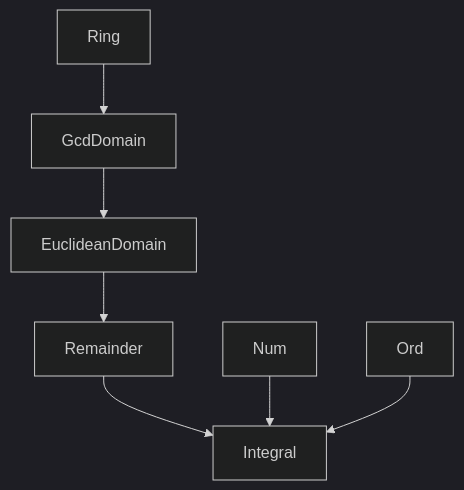
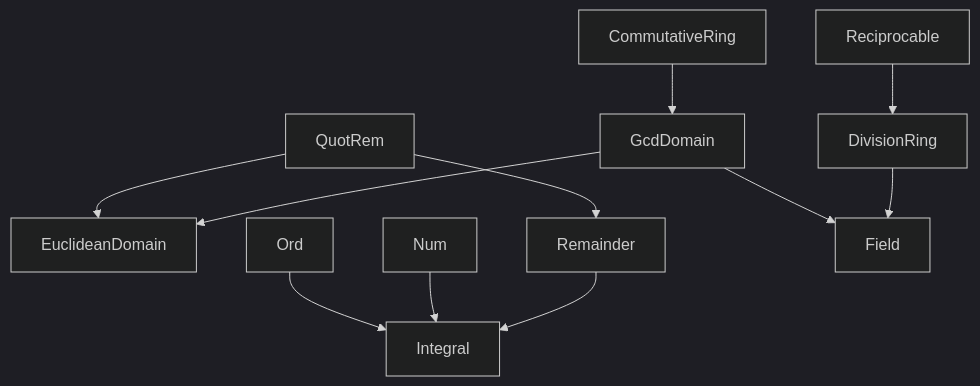
The fourth of 4 diagrams in docs/manual/site/topics/numbers-and-math.md (coalton-lang/coalton), drawn with Mermaid (dark theme) before and after one commit. The commit also changed other lines of this file and 19 other files, not shown here.

````diff
--- a/docs/manual/site/topics/numbers-and-math.md
+++ b/docs/manual/site/topics/numbers-and-math.md
@@ -353,9 +353,13 @@
 ```mermaid
 graph TD
-    Ring --> GcdDomain
+    CommutativeRing --> GcdDomain
     GcdDomain --> EuclideanDomain
-    EuclideanDomain --> Remainder
+    QuotRem --> EuclideanDomain
+    QuotRem --> Remainder
     Remainder --> Integral
     Num --> Integral
     Ord --> Integral
+    Reciprocable --> DivisionRing
+    DivisionRing --> Field
+    GcdDomain --> Field
 ```
````
